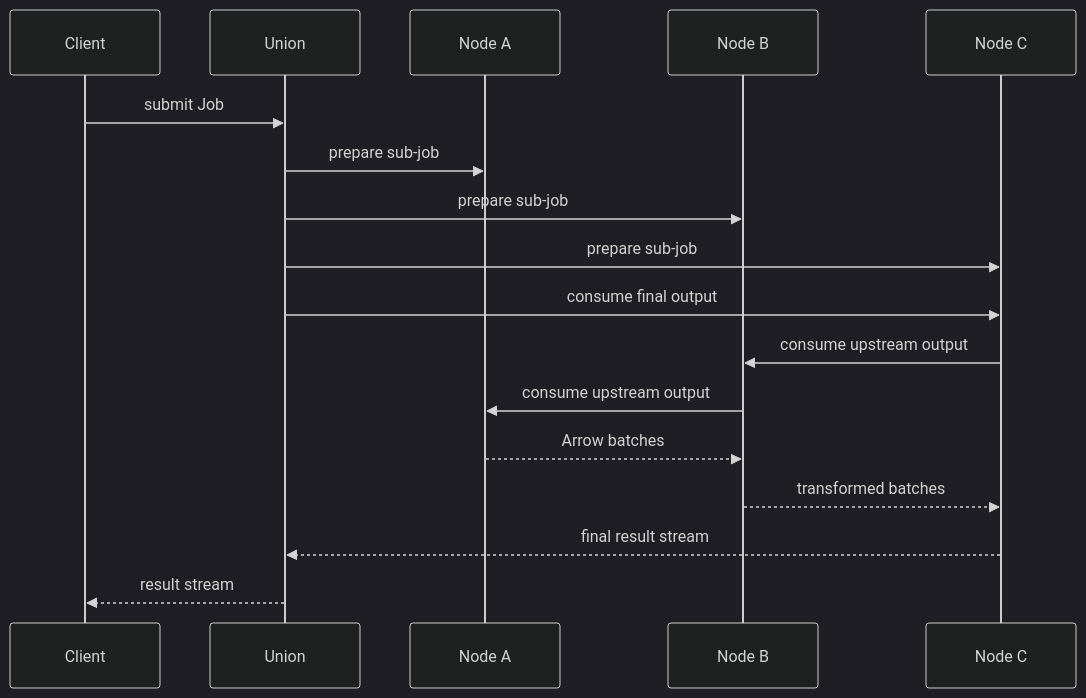
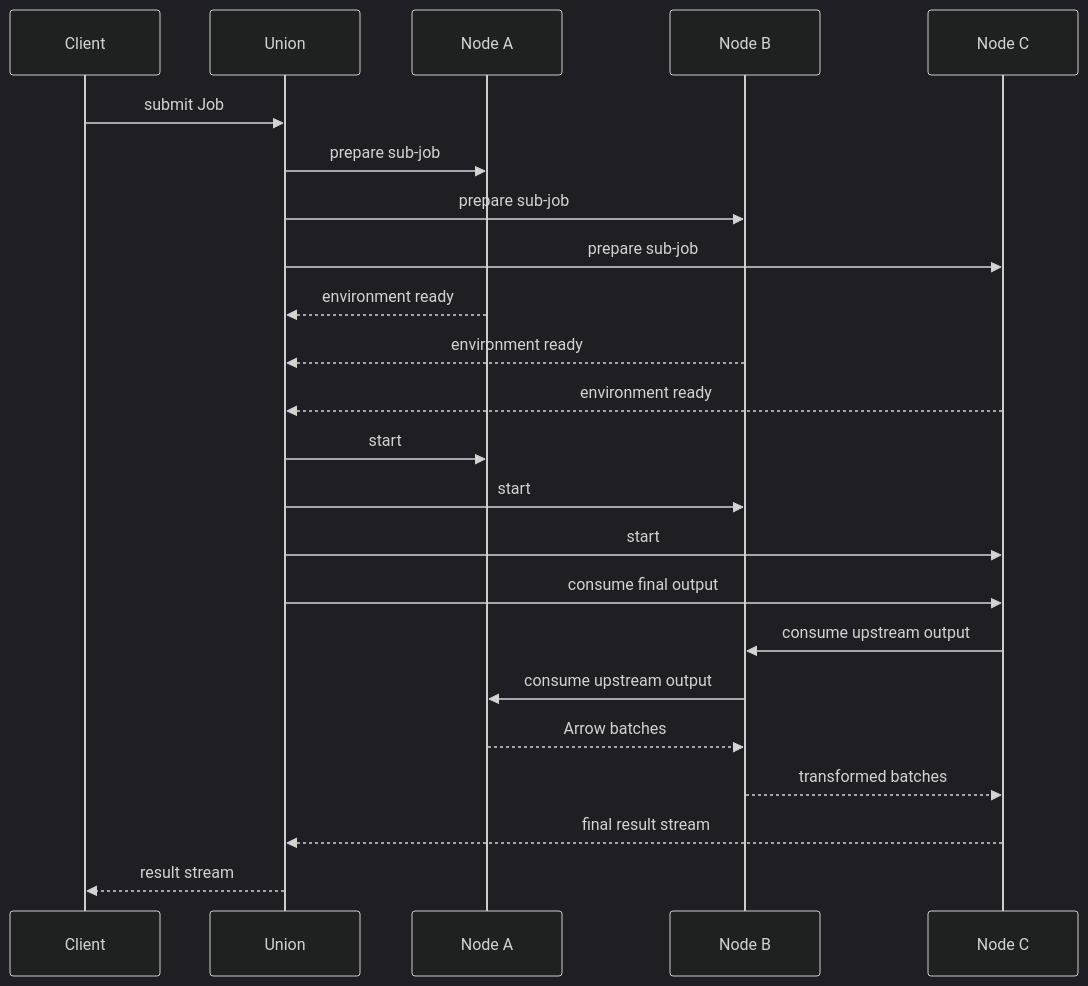
One commit to rdcn-link/dacp-codex changed the diagram in docs/union.md. Above: the diagram before and after it, drawn with Mermaid (dark theme). The commit also changed other lines of this file and 94 other files, not shown here.

````diff
--- a/docs/union.md
+++ b/docs/union.md
@@ -139,19 +165,25 @@
 ```mermaid
 sequenceDiagram
   participant Client
   participant U as Union
   participant A as Node A
   participant B as Node B
   participant C as Node C
   Client->>U: submit Job
   U->>A: prepare sub-job
   U->>B: prepare sub-job
   U->>C: prepare sub-job
+  A-->>U: environment ready
+  B-->>U: environment ready
+  C-->>U: environment ready
+  U->>A: start
+  U->>B: start
+  U->>C: start
   U->>C: consume final output
   C->>B: consume upstream output
   B->>A: consume upstream output
   A-->>B: Arrow batches
   B-->>C: transformed batches
   C-->>U: final result stream
   U-->>Client: result stream
 ```
````
